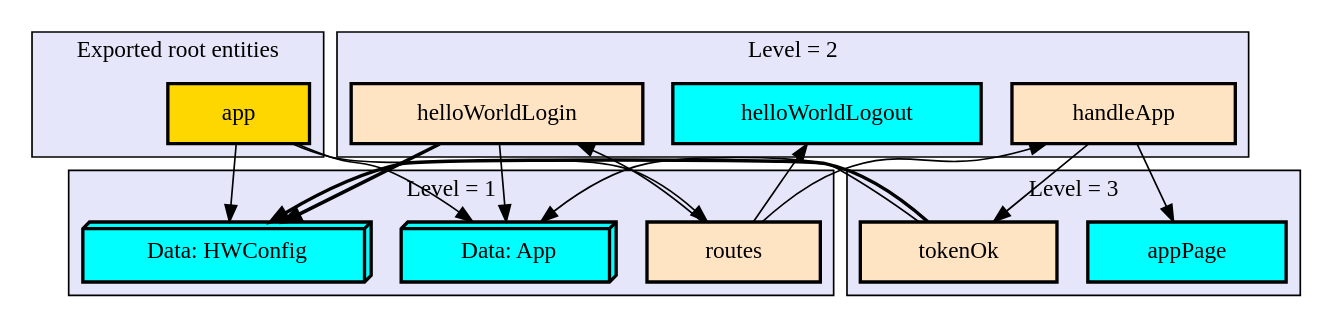
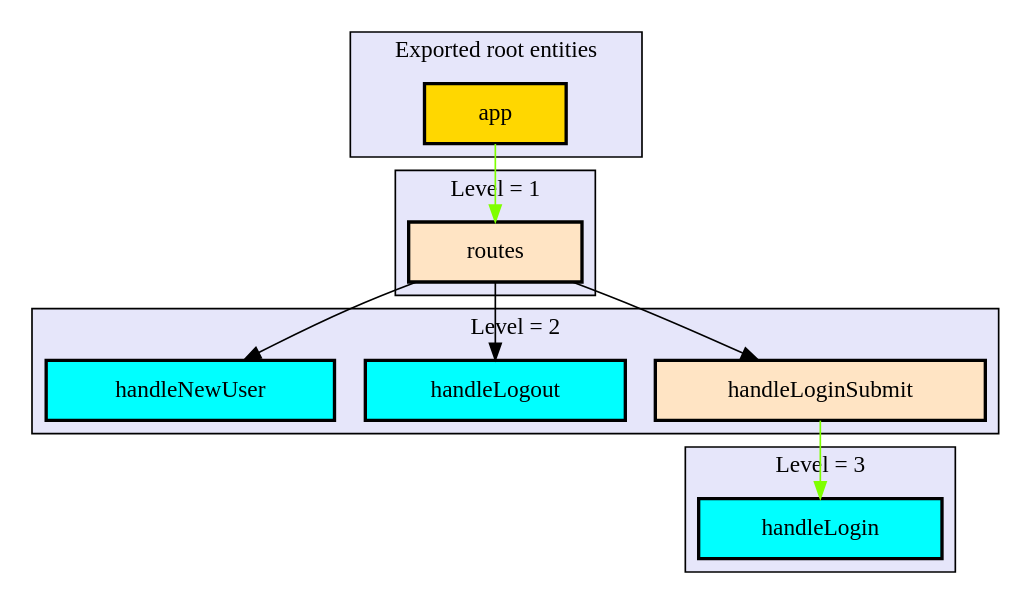
Before and after one commit to liqd/thentos: the diagram in gh-pages/SourceGraph/graphs/Site_levels.dot, drawn with Graphviz. The commit also changed 421 other files, not shown here.

```diff
--- a/gh-pages/SourceGraph/graphs/Site_levels.dot
+++ b/gh-pages/SourceGraph/graphs/Site_levels.dot
@@ -1,80 +1,55 @@
 digraph "Levels within Site" {
     node [margin="0.4,0.1"
          ,style=filled];
     subgraph cluster_0 {
         graph [label="Exported root entities"
               ,style=filled
               ,fillcolor=lavender];
-        4 [label=app
+        1 [label=app
           ,shape=box
           ,fillcolor=gold
           ,style="filled,bold"];
     }
     subgraph cluster_1 {
         graph [label="Level = 1"
               ,style=filled
               ,fillcolor=lavender];
-        1 [label="Data: App"
-          ,shape=box3d
-          ,fillcolor=cyan
+        6 [label=routes
+          ,shape=box
+          ,fillcolor=bisque
           ,style="filled,bold"];
-        2 [label="Data: HWConfig"
-          ,shape=box3d
-          ,fillcolor=cyan
-          ,style="filled,bold"];
-        10 [label=routes
-           ,shape=box
-           ,fillcolor=bisque
-           ,style="filled,bold"];
     }
     subgraph cluster_2 {
         graph [label="Level = 2"
               ,style=filled
               ,fillcolor=lavender];
-        6 [label=handleApp
+        3 [label=handleLoginSubmit
           ,shape=box
           ,fillcolor=bisque
           ,style="filled,bold"];
-        7 [label=helloWorldLogin
+        4 [label=handleLogout
           ,shape=box
-          ,fillcolor=bisque
+          ,fillcolor=cyan
           ,style="filled,bold"];
-        8 [label=helloWorldLogout
+        5 [label=handleNewUser
           ,shape=box
           ,fillcolor=cyan
           ,style="filled,bold"];
     }
     subgraph cluster_3 {
         graph [label="Level = 3"
               ,style=filled
               ,fillcolor=lavender];
-        5 [label=appPage
+        2 [label=handleLogin
           ,shape=box
           ,fillcolor=cyan
           ,style="filled,bold"];
-        15 [label=tokenOk
-           ,shape=box
-           ,fillcolor=bisque
-           ,style="filled,bold"];
     }
-    4 -> 1 [penwidth=1,color=black];
-    4 -> 2 [penwidth=1,color=black];
-    4 -> 10 [penwidth=1
-            ,color=black];
+    1 -> 6 [penwidth=1
+           ,color=chartreuse];
+    3 -> 2 [penwidth=1
+           ,color=chartreuse];
+    6 -> 3 [penwidth=1,color=black];
+    6 -> 4 [penwidth=1,color=black];
     6 -> 5 [penwidth=1,color=black];
-    6 -> 15 [penwidth=1
-            ,color=black];
-    7 -> 1 [penwidth=1,color=black];
-    7 -> 2 [penwidth=2.09861228866811
-           ,color=black];
-    10 -> 6 [penwidth=1
-            ,color=black];
-    10 -> 7 [penwidth=1
-            ,color=black];
-    10 -> 8 [penwidth=1
-            ,color=black];
-    15 -> 1 [penwidth=1
-            ,color=black];
-    15 -> 2 [penwidth=2.09861228866811
-            ,color=black];
 }
```
